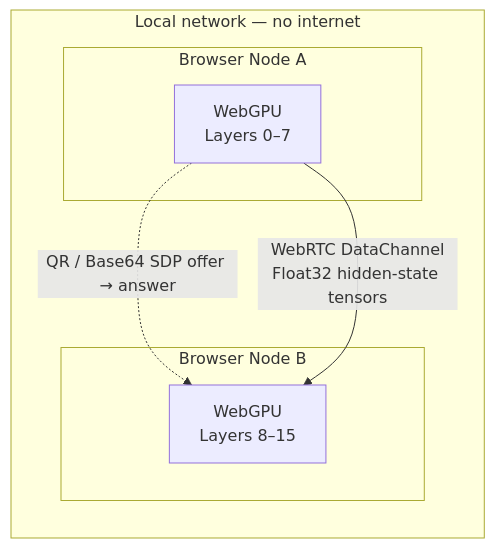
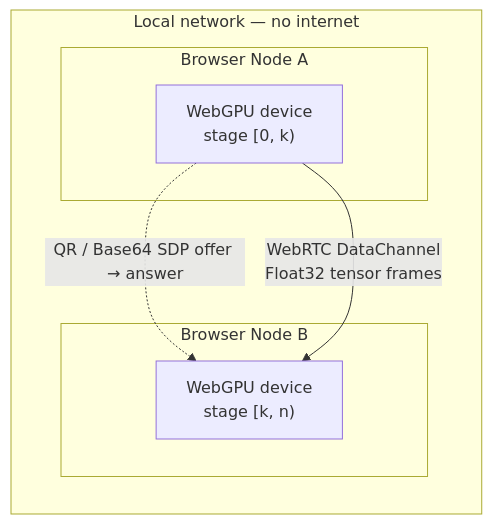
Before and after one commit to tuhin-cse/mesh-gpu: the diagram in README.md, drawn with Mermaid. The commit also changed other lines of this file and 12 other files, not shown here.

````diff
--- a/README.md
+++ b/README.md
@@ -33,14 +46,14 @@
 ```mermaid
 flowchart LR
   subgraph LAN["Local network — no internet"]
     subgraph NodeA["Browser Node A"]
-      A1["WebGPU<br/>Layers 0–7"]
+      A1["WebGPU device<br/>stage [0, k)"]
     end
     subgraph NodeB["Browser Node B"]
-      B1["WebGPU<br/>Layers 8–15"]
+      B1["WebGPU device<br/>stage [k, n)"]
     end
   end
 
   A1 -. "QR / Base64 SDP offer → answer" .-> B1
-  A1 -- "WebRTC DataChannel<br/>Float32 hidden-state tensors" --> B1
+  A1 -- "WebRTC DataChannel<br/>Float32 tensor frames" --> B1
 ```
````
